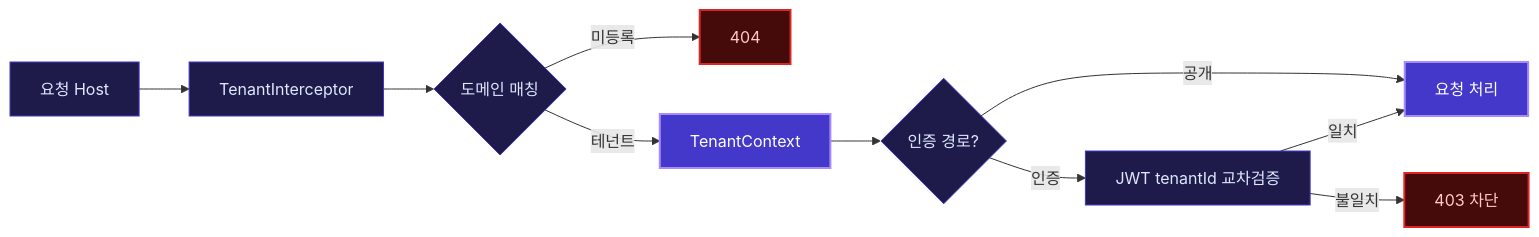
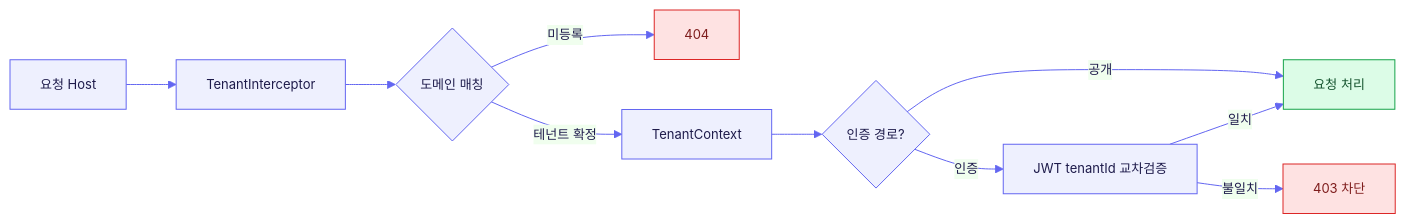
One commit to Kyle-TM99/Kyle-TM99 changed the second of 2 diagrams in README.md. Above: the diagram before and after it, drawn with Mermaid. The commit also changed other lines of this file, not shown here.

````diff
--- a/README.md
+++ b/README.md
@@ -128,19 +206,17 @@
 ```mermaid
+%%{init: {'theme':'base','themeVariables':{'primaryColor':'#EEF0FE','primaryTextColor':'#1E1B4B','primaryBorderColor':'#6366F1','lineColor':'#6366F1','fontSize':'13px'}}}%%
 flowchart LR
     R["요청 Host"] --> T["TenantInterceptor"]
     T --> D{"도메인 매칭"}
     D -->|"미등록"| X["404"]
-    D -->|"테넌트"| CTX["TenantContext"]
+    D -->|"테넌트 확정"| CTX["TenantContext"]
     CTX --> G{"인증 경로?"}
     G -->|"공개"| OK["요청 처리"]
     G -->|"인증"| J["JWT tenantId 교차검증"]
     J -->|"불일치"| B["403 차단"]
     J -->|"일치"| OK
 
-    classDef ok   fill:#4338ca,stroke:#a78bfa,stroke-width:2px,color:#ffffff
-    classDef deny fill:#450a0a,stroke:#dc2626,stroke-width:2px,color:#fecaca
-    classDef mid  fill:#1e1b4b,stroke:#4338ca,stroke-width:1px,color:#e0e7ff
-    class OK,CTX ok
-    class X,B deny
-    class R,T,D,G,J mid
+    style X fill:#FEE2E2,stroke:#DC2626,color:#7F1D1D
+    style B fill:#FEE2E2,stroke:#DC2626,color:#7F1D1D
+    style OK fill:#DCFCE7,stroke:#16A34A,color:#14532D
 ```
````
